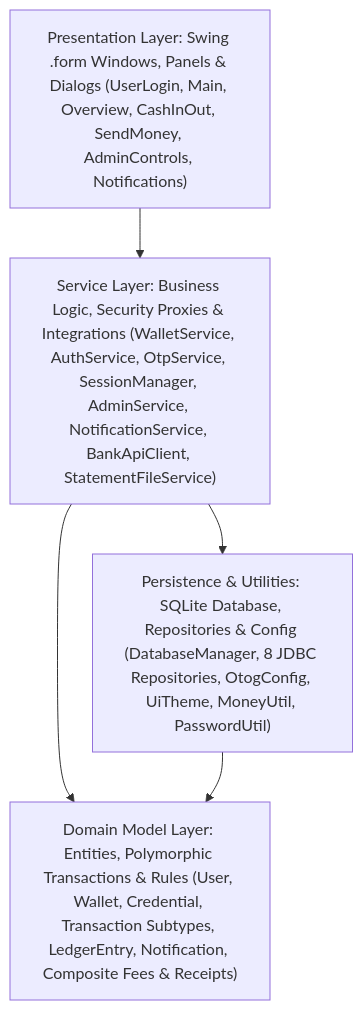
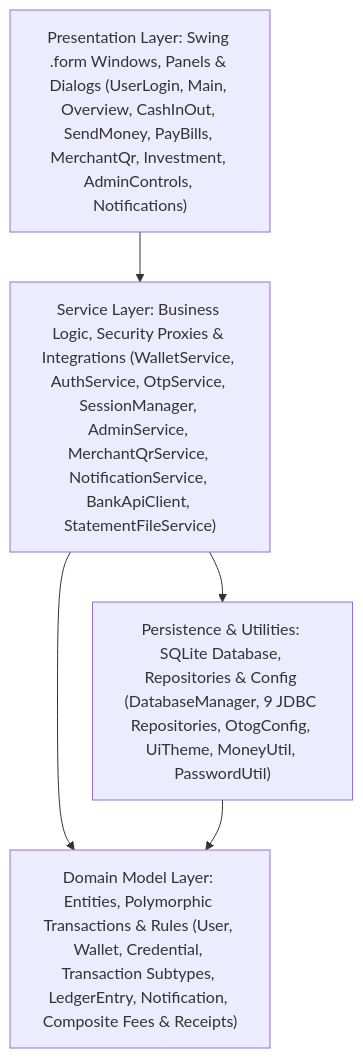
Before and after one commit to Realwaan/OTOG: the diagram in README.md, drawn with Mermaid. The commit also changed other lines of this file and 9 other files, not shown here.

````diff
--- a/README.md
+++ b/README.md
@@ -115,12 +122,12 @@
 ```mermaid
 flowchart TB
-    UI["Presentation Layer: Swing .form Windows, Panels & Dialogs (UserLogin, Main, Overview, CashInOut, SendMoney, AdminControls, Notifications)"]
-    SVC["Service Layer: Business Logic, Security Proxies & Integrations (WalletService, AuthService, OtpService, SessionManager, AdminService, NotificationService, BankApiClient, StatementFileService)"]
+    UI["Presentation Layer: Swing .form Windows, Panels & Dialogs (UserLogin, Main, Overview, CashInOut, SendMoney, PayBills, MerchantQr, Investment, AdminControls, Notifications)"]
+    SVC["Service Layer: Business Logic, Security Proxies & Integrations (WalletService, AuthService, OtpService, SessionManager, AdminService, MerchantQrService, NotificationService, BankApiClient, StatementFileService)"]
     MDL["Domain Model Layer: Entities, Polymorphic Transactions & Rules (User, Wallet, Credential, Transaction Subtypes, LedgerEntry, Notification, Composite Fees & Receipts)"]
-    DATA["Persistence & Utilities: SQLite Database, Repositories & Config (DatabaseManager, 8 JDBC Repositories, OtogConfig, UiTheme, MoneyUtil, PasswordUtil)"]
+    DATA["Persistence & Utilities: SQLite Database, Repositories & Config (DatabaseManager, 9 JDBC Repositories, OtogConfig, UiTheme, MoneyUtil, PasswordUtil)"]
 
     UI --> SVC
     SVC --> MDL
     SVC --> DATA
     DATA --> MDL
 ```
````
